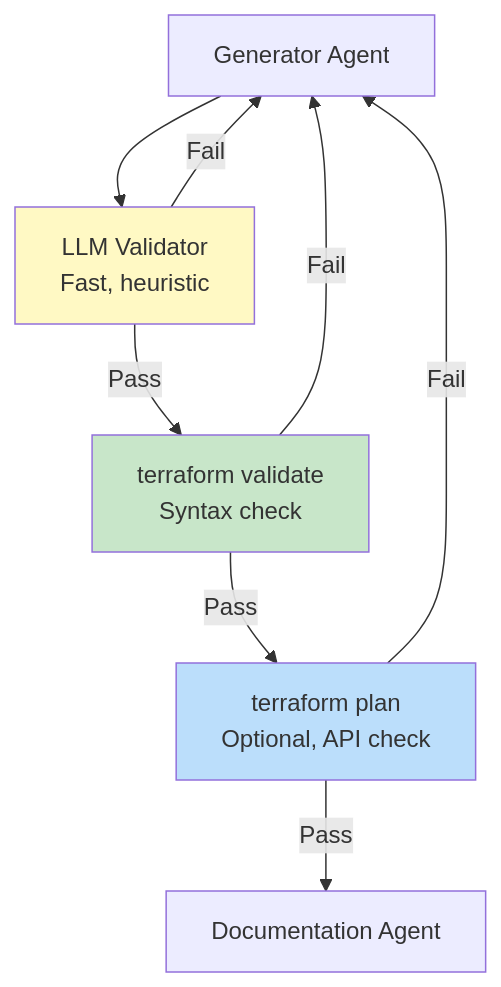
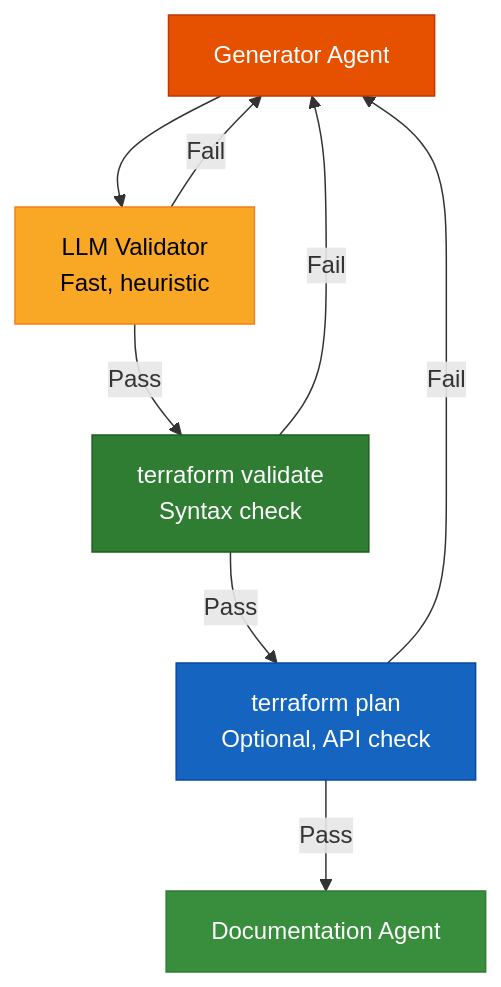
One commit to jja4/terraform_adk_agents changed the third of 3 diagrams in README.md. Above: the diagram before and after it, drawn with Mermaid. The commit also changed other lines of this file and 4 other files, not shown here.

````diff
--- a/README.md
+++ b/README.md
@@ -721,14 +728,16 @@
 ```mermaid
 flowchart TD
     G[Generator Agent] --> V1[LLM Validator<br/>Fast, heuristic]
     V1 -->|Pass| V2[terraform validate<br/>Syntax check]
     V1 -->|Fail| G
     V2 -->|Pass| V3[terraform plan<br/>Optional, API check]
     V2 -->|Fail| G
     V3 -->|Pass| D[Documentation Agent]
     V3 -->|Fail| G
     
-    style V1 fill:#fff9c4
-    style V2 fill:#c8e6c9
-    style V3 fill:#bbdefb
+    style G fill:#E65100,stroke:#BF360C,color:#FFFFFF
+    style V1 fill:#F9A825,stroke:#F57F17,color:#000000
+    style V2 fill:#2E7D32,stroke:#1B5E20,color:#FFFFFF
+    style V3 fill:#1565C0,stroke:#0D47A1,color:#FFFFFF
+    style D fill:#388E3C,stroke:#2E7D32,color:#FFFFFF
 ```
````
